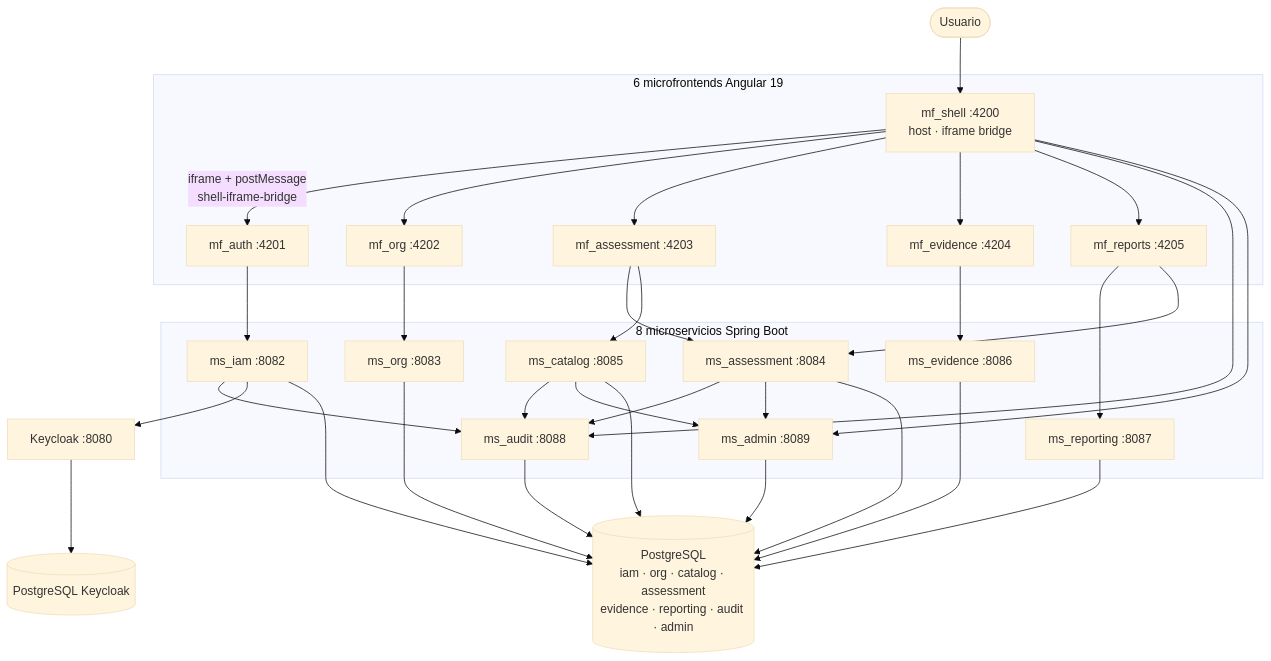
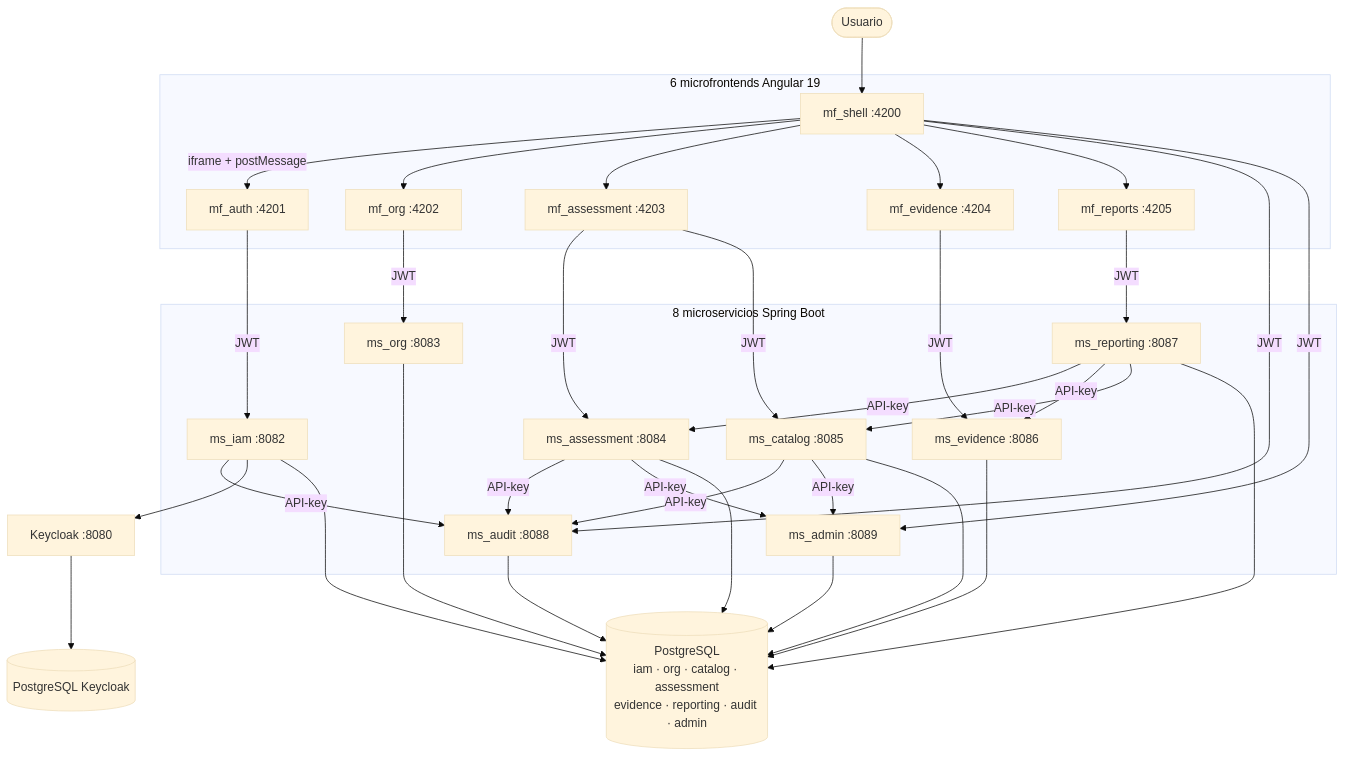
Before and after one commit to jdtovar07/MSPI_NVA_CO_DOCS: the second of 10 diagrams in Documentacion-General/15-Diagramas-C4-y-Secuencias.md, drawn with Mermaid (base theme). The commit also changed other lines of this file and 1 other file, not shown here.

First line of the commit message:
docs: expand C4, deployment, ER and key sequence diagrams

````diff
--- a/Documentacion-General/15-Diagramas-C4-y-Secuencias.md
+++ b/Documentacion-General/15-Diagramas-C4-y-Secuencias.md
@@ -27,57 +61,59 @@
 ```mermaid
 flowchart TB
-    User([Usuario]) --> Shell["mf_shell :4200<br/>host · iframe bridge"]
+    User([Usuario]) --> Shell["mf_shell :4200"]
 
     subgraph FE["6 microfrontends Angular 19"]
         Shell
         Auth["mf_auth :4201"]
         Org["mf_org :4202"]
         AsmF["mf_assessment :4203"]
         EvF["mf_evidence :4204"]
         RepF["mf_reports :4205"]
     end
 
-    Shell -->|"iframe + postMessage<br/>shell-iframe-bridge"| Auth
+    Shell -->|"iframe + postMessage"| Auth
     Shell --> Org
     Shell --> AsmF
     Shell --> EvF
     Shell --> RepF
 
     subgraph BE["8 microservicios Spring Boot"]
         IAM["ms_iam :8082"]
         ORG["ms_org :8083"]
         ASM["ms_assessment :8084"]
         CAT["ms_catalog :8085"]
         EVI["ms_evidence :8086"]
         RPT["ms_reporting :8087"]
         AUD["ms_audit :8088"]
         ADM["ms_admin :8089"]
     end
 
-    Auth --> IAM
-    Org --> ORG
-    AsmF --> ASM
-    AsmF --> CAT
-    EvF --> EVI
-    RepF --> RPT
-    RepF --> ASM
-    Shell --> AUD
-    Shell --> ADM
+    Auth -->|JWT| IAM
+    Org -->|JWT| ORG
+    AsmF -->|JWT| ASM
+    AsmF -->|JWT| CAT
+    EvF -->|JWT| EVI
+    RepF -->|JWT| RPT
+    Shell -->|JWT| AUD
+    Shell -->|JWT| ADM
 
-    IAM --> AUD
-    ASM --> AUD
-    CAT --> AUD
-    ASM --> ADM
-    CAT --> ADM
+    IAM -->|API-key| AUD
+    ASM -->|API-key| AUD
+    CAT -->|API-key| AUD
+    ASM -->|API-key| ADM
+    CAT -->|API-key| ADM
+    RPT -->|API-key| ASM
+    RPT -->|API-key| EVI
+    RPT -->|API-key| CAT
 
     IAM --> KC["Keycloak :8080"]
     IAM --> PG[("PostgreSQL<br/>iam · org · catalog · assessment<br/>evidence · reporting · audit · admin")]
     ORG --> PG
     ASM --> PG
     CAT --> PG
     EVI --> PG
     RPT --> PG
     AUD --> PG
     ADM --> PG
     KC --> PGKC[("PostgreSQL Keycloak")]
 ```
````
